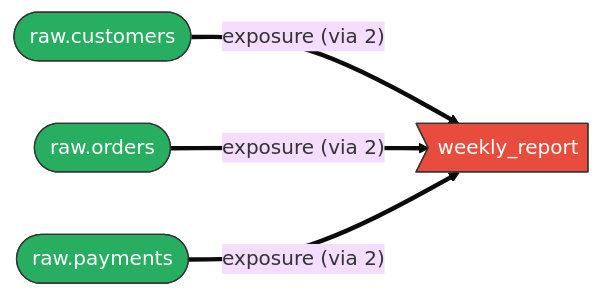
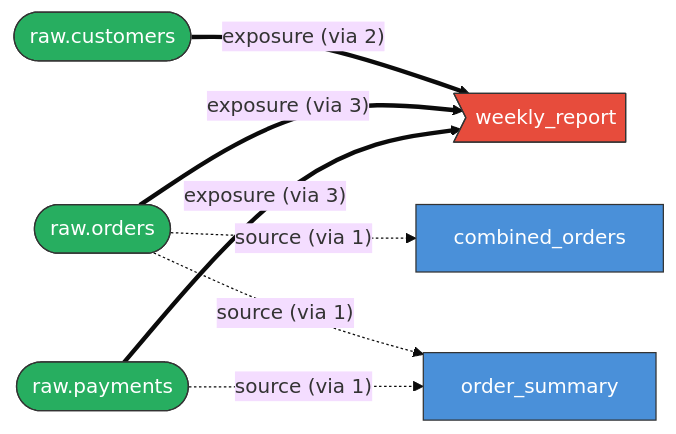
The first of 2 diagrams in README.md (eitsupi/dlin), drawn with Mermaid (base theme) before and after one commit. The commit also changed other lines of this file and 5 other files, not shown here.

````diff
--- a/README.md
+++ b/README.md
@@ -50,18 +50,26 @@
 ```mermaid
 flowchart LR
     exposure_weekly_report>"weekly_report"]
+    model_combined_orders["combined_orders"]
+    model_order_summary["order_summary"]
     source_raw_customers(["raw.customers"])
     source_raw_orders(["raw.orders"])
     source_raw_payments(["raw.payments"])
 
     source_raw_customers ==>|"exposure (via 2)"| exposure_weekly_report
-    source_raw_orders ==>|"exposure (via 2)"| exposure_weekly_report
-    source_raw_payments ==>|"exposure (via 2)"| exposure_weekly_report
+    source_raw_orders ==>|"exposure (via 3)"| exposure_weekly_report
+    source_raw_orders -.->|"source (via 1)"| model_combined_orders
+    source_raw_orders -.->|"source (via 1)"| model_order_summary
+    source_raw_payments ==>|"exposure (via 3)"| exposure_weekly_report
+    source_raw_payments -.->|"source (via 1)"| model_order_summary
 
+    classDef model fill:#4A90D9,stroke:#333,color:#fff
     classDef source fill:#27AE60,stroke:#333,color:#fff
     classDef exposure fill:#E74C3C,stroke:#333,color:#fff
     class exposure_weekly_report exposure
+    class model_combined_orders model
+    class model_order_summary model
     class source_raw_customers source
     class source_raw_orders source
     class source_raw_payments source
 ```
````
